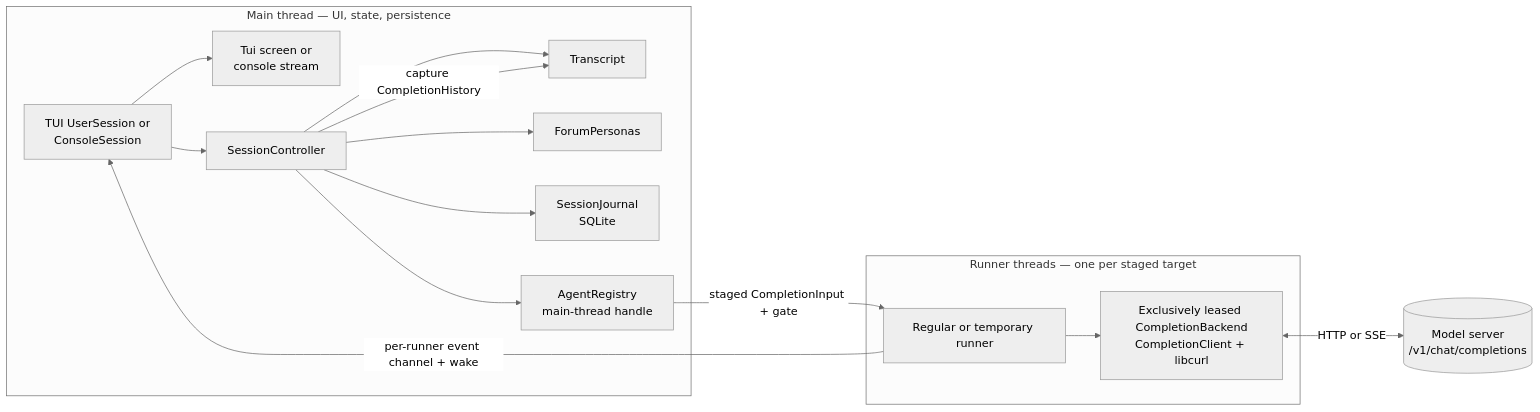
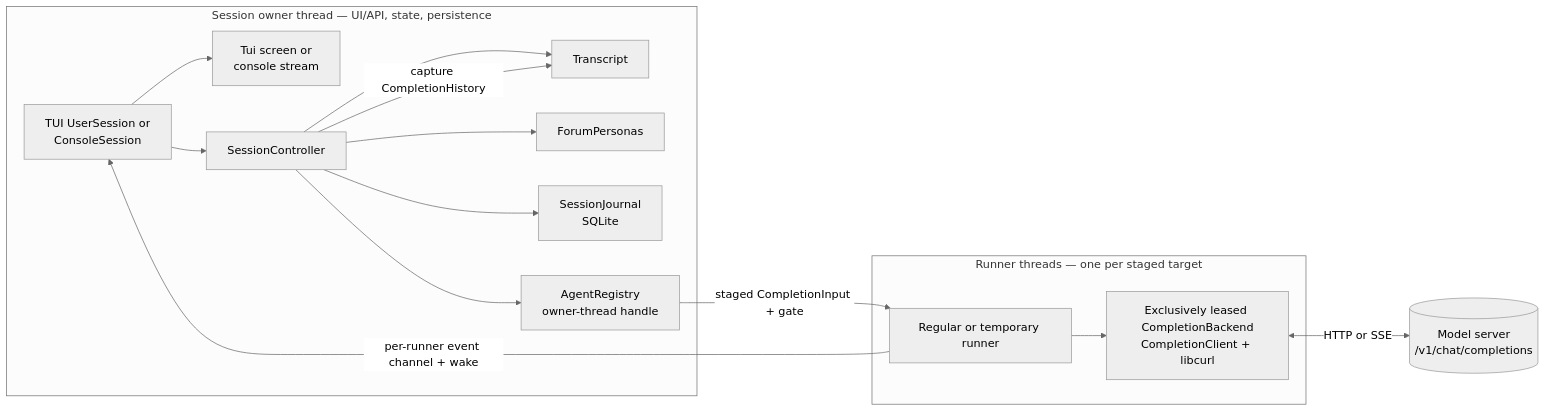
Before and after one commit to michaelpopov/cha: the first of 4 diagrams in src/README.md, drawn with Mermaid (neutral theme). The commit also changed other lines of this file and 10 other files, not shown here.

````diff
--- a/src/README.md
+++ b/src/README.md
@@ -96,31 +98,31 @@
 ```mermaid
 flowchart LR
-    subgraph mainthread["Main thread — UI, state, persistence"]
+    subgraph ownerthread["Session owner thread — UI/API, state, persistence"]
         frontend["TUI UserSession or<br/>ConsoleSession"]
         presentation["Tui screen or<br/>console stream"]
         controller["SessionController"]
         conv["Transcript"]
         personas["ForumPersonas"]
         journal["SessionJournal<br/>SQLite"]
-        registry["AgentRegistry<br/>main-thread handle"]
+        registry["AgentRegistry<br/>owner-thread handle"]
     end
 
     subgraph agentthreads["Runner threads — one per staged target"]
         execution["Regular or temporary runner"]
         backend["Exclusively leased CompletionBackend<br/>CompletionClient + libcurl"]
     end
 
     provider[("Model server<br/>/v1/chat/completions")]
 
     frontend --> presentation
     frontend --> controller
     controller --> conv
     controller --> personas
     controller --> journal
     controller --> registry
     controller -->|"capture CompletionHistory"| conv
     registry -->|"staged CompletionInput + gate"| execution
     execution --> backend
     backend <-->|"HTTP or SSE"| provider
     execution -->|"per-runner event channel + wake"| frontend
 ```
````
